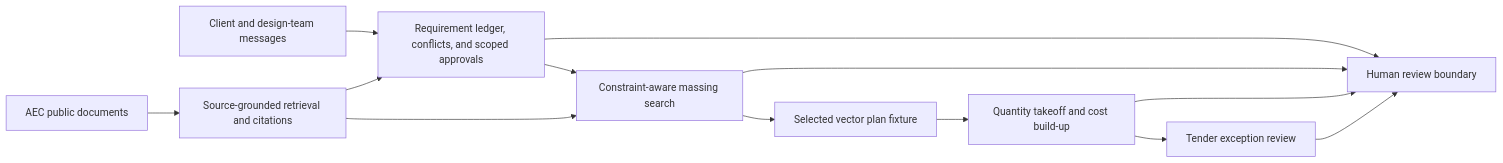
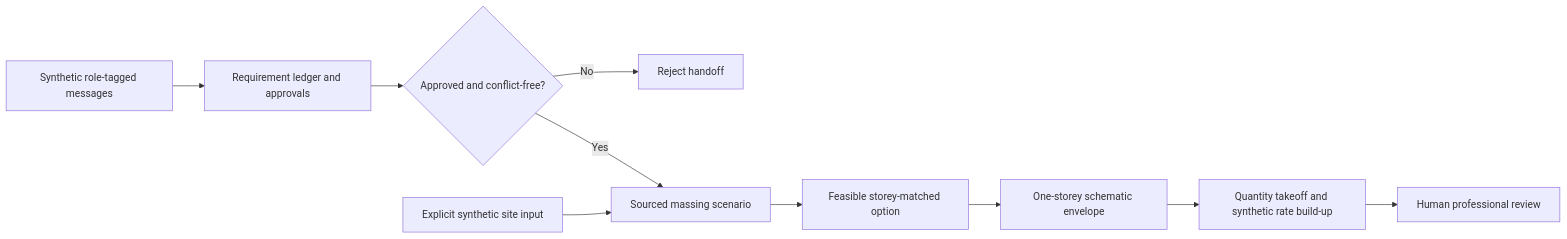
The diagram in README.md (josiahsutd-stack/ai-portfolio), drawn with Mermaid before and after one commit. The commit also changed other lines of this file and 41 other files, not shown here.

Commit message:
Execute bounded AEC project handoff

````diff
--- a/README.md
+++ b/README.md
@@ -25,15 +25,12 @@
 ```mermaid
 flowchart LR
-  A["Client and design-team messages"] --> B["Requirement ledger, conflicts, and scoped approvals"]
-  B --> C["Constraint-aware massing search"]
-  C --> D["Selected vector plan fixture"]
-  D --> E["Quantity takeoff and cost build-up"]
-  E --> F["Tender exception review"]
-  G["AEC public documents"] --> H["Source-grounded retrieval and citations"]
-  H --> B
-  H --> C
-  B --> I["Human review boundary"]
-  C --> I
-  E --> I
-  F --> I
+  A["Synthetic role-tagged messages"] --> B["Requirement ledger and approvals"]
+  B --> C{"Approved and conflict-free?"}
+  C -- "No" --> X["Reject handoff"]
+  C -- "Yes" --> D["Sourced massing scenario"]
+  S["Explicit synthetic site input"] --> D
+  D --> E["Feasible storey-matched option"]
+  E --> F["One-storey schematic envelope"]
+  F --> G["Quantity takeoff and synthetic rate build-up"]
+  G --> H["Human professional review"]
 ```
````
